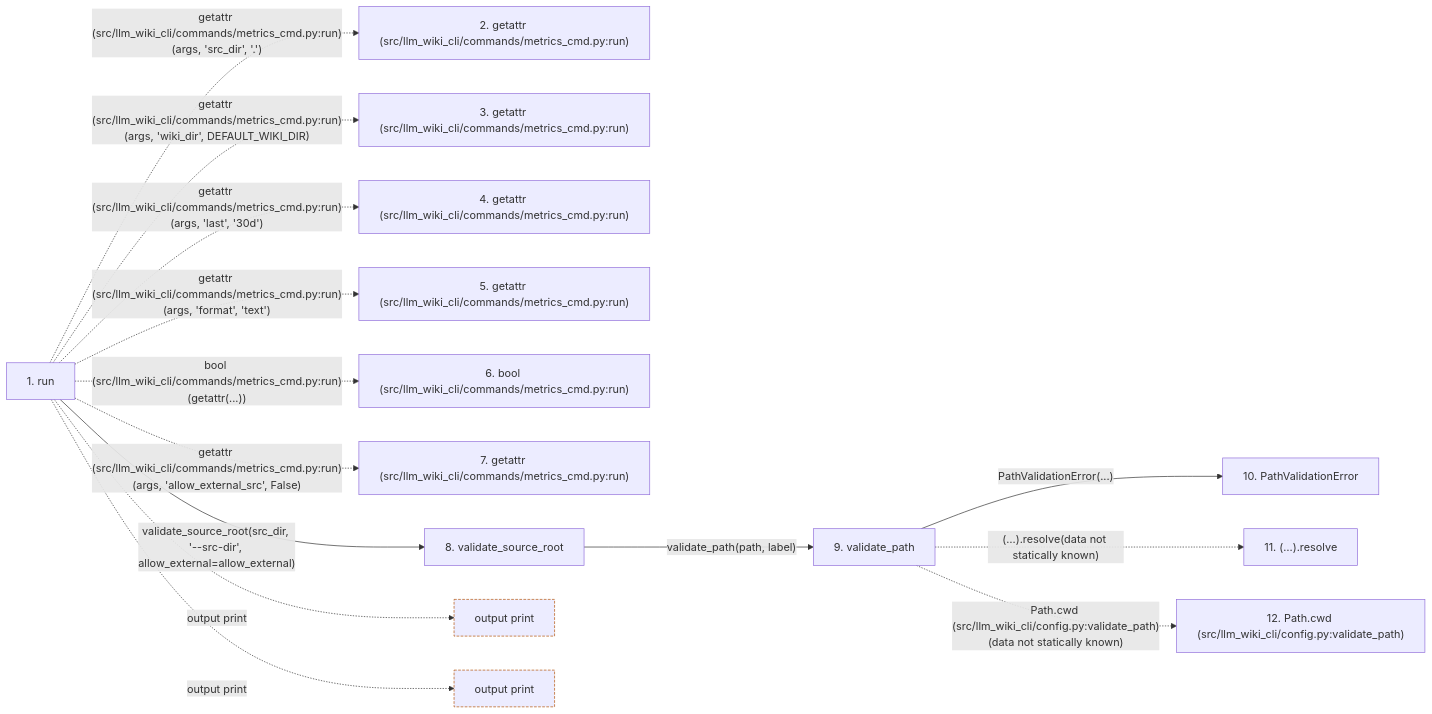
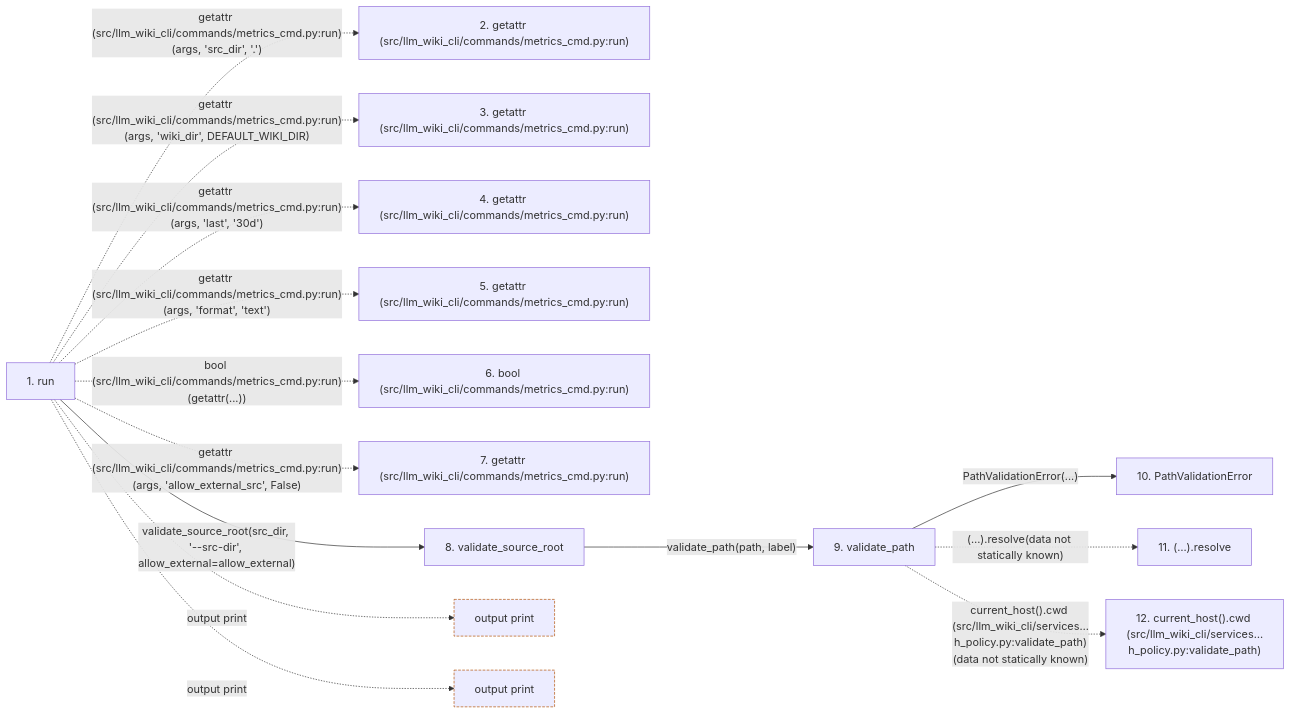
The second of 2 diagrams in docs/llm_wiki/flows/cli-metrics.md (Denissvgn/python-wiki-llm), drawn with Mermaid before and after one commit. The commit also changed other lines of this file and 1555 other files, not shown here.

````diff
--- a/docs/llm_wiki/flows/cli-metrics.md
+++ b/docs/llm_wiki/flows/cli-metrics.md
@@ -165,37 +167,37 @@
 ```mermaid
 flowchart LR
     s1["1. run"]
     s2["2. getattr (src/llm_wiki_cli/commands/metrics_cmd.py:run)"]
     s3["3. getattr (src/llm_wiki_cli/commands/metrics_cmd.py:run)"]
     s4["4. getattr (src/llm_wiki_cli/commands/metrics_cmd.py:run)"]
     s5["5. getattr (src/llm_wiki_cli/commands/metrics_cmd.py:run)"]
     s6["6. bool (src/llm_wiki_cli/commands/metrics_cmd.py:run)"]
     s7["7. getattr (src/llm_wiki_cli/commands/metrics_cmd.py:run)"]
     s8["8. validate_source_root"]
     s9["9. validate_path"]
     s10["10. PathValidationError"]
     s11["11. (…).resolve"]
-    s12["12. Path.cwd (src/llm_wiki_cli/config.py:validate_path)"]
+    s12["12. current_host().cwd (src/llm_wiki_cli/services…h_policy.py:validate_path)"]
     s1 -. "getattr (src/llm_wiki_cli/commands/metrics_cmd.py:run)(args, 'src_dir', '.')" .-> s2
     s1 -. "getattr (src/llm_wiki_cli/commands/metrics_cmd.py:run)(args, 'wiki_dir', DEFAULT_WIKI_DIR)" .-> s3
     s1 -. "getattr (src/llm_wiki_cli/commands/metrics_cmd.py:run)(args, 'last', '30d')" .-> s4
     s1 -. "getattr (src/llm_wiki_cli/commands/metrics_cmd.py:run)(args, 'format', 'text')" .-> s5
     s1 -. "bool (src/llm_wiki_cli/commands/metrics_cmd.py:run)(getattr(...))" .-> s6
     s1 -. "getattr (src/llm_wiki_cli/commands/metrics_cmd.py:run)(args, 'allow_external_src', False)" .-> s7
     s1 -->|"validate_source_root(src_dir, '--src-dir', allow_external=allow_external)"| s8
     s8 -->|"validate_path(path, label)"| s9
     s9 -->|"PathValidationError(...)"| s10
     s9 -. "(…).resolve(data not statically known)" .-> s11
-    s9 -. "Path.cwd (src/llm_wiki_cli/config.py:validate_path)(data not statically known)" .-> s12
+    s9 -. "current_host().cwd (src/llm_wiki_cli/services…h_policy.py:validate_path)(data not statically known)" .-> s12
     b0["output print"]
     s1 -. "output print" .-> b0
     b1["output print"]
     s1 -. "output print" .-> b1
     click s1 "../modules/metrics_cmd.md"
-    click s8 "../modules/config.md"
-    click s9 "../modules/config.md"
-    click s10 "../modules/config.md"
+    click s8 "../modules/path_policy.md"
+    click s9 "../modules/path_policy.md"
+    click s10 "../modules/path_policy.md"
     classDef boundary stroke:#b45309,stroke-dasharray: 4 2
     class b0 boundary
     class b1 boundary
 ```
````
